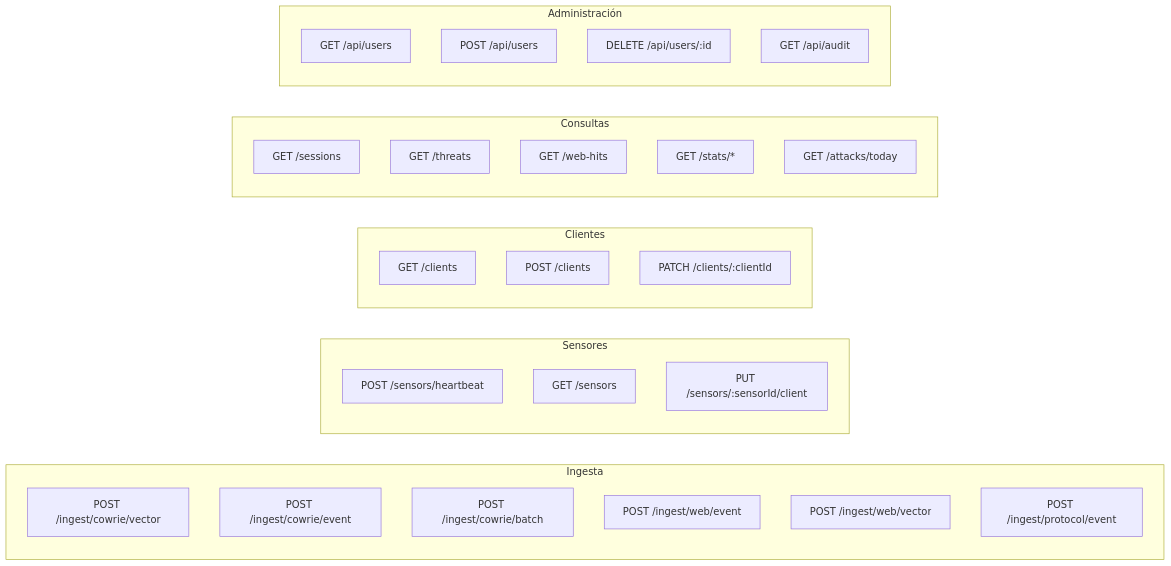
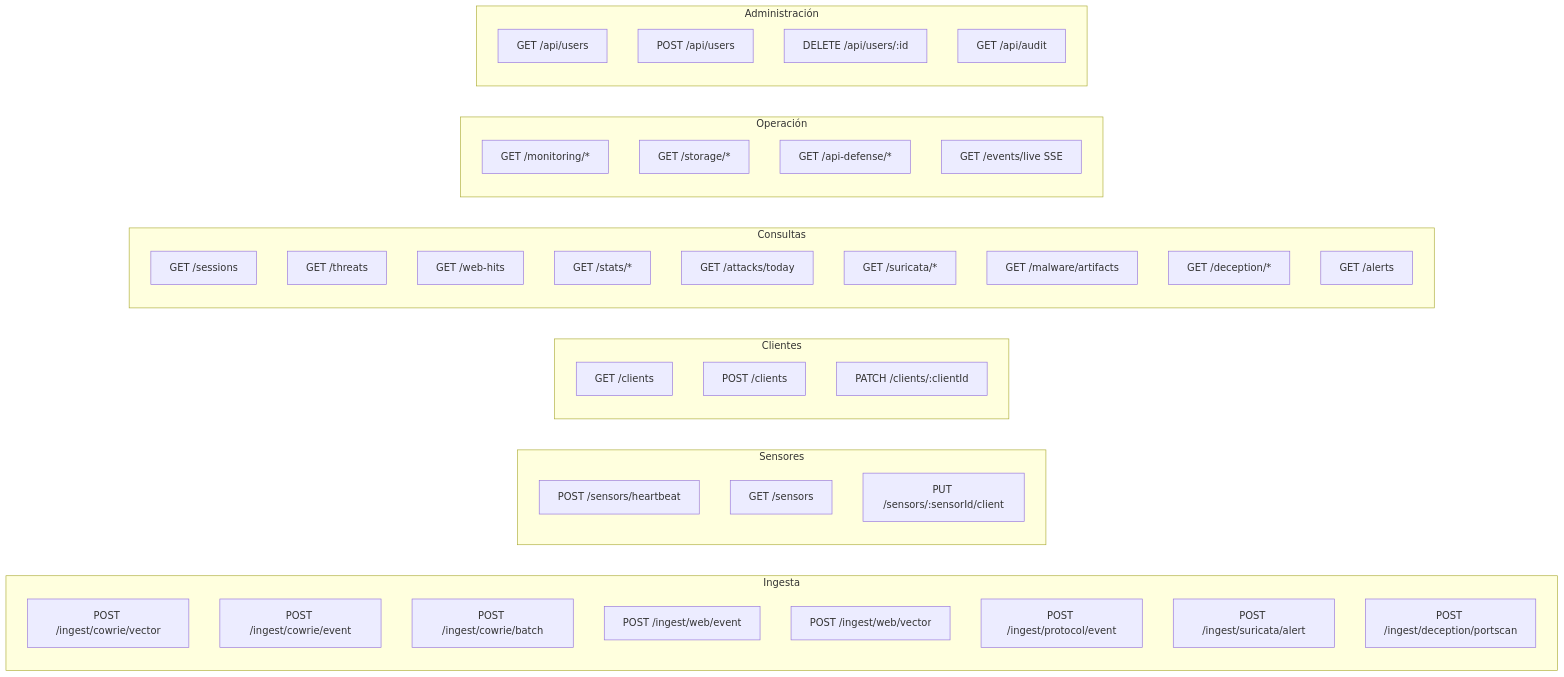
One commit to elrichi31/honeypot-ai changed the diagram in apps/docs/src/content/docs/api-reference.md. Above: the diagram before and after it, drawn with Mermaid. The commit also changed other lines of this file and 15 other files, not shown here.

````diff
--- a/apps/docs/src/content/docs/api-reference.md
+++ b/apps/docs/src/content/docs/api-reference.md
@@ -18,34 +18,46 @@
 ```mermaid
 graph LR
     subgraph Ingesta
         I1[POST /ingest/cowrie/vector]
         I2[POST /ingest/cowrie/event]
         I3[POST /ingest/cowrie/batch]
         I4[POST /ingest/web/event]
         I5[POST /ingest/web/vector]
         I6[POST /ingest/protocol/event]
+        I7[POST /ingest/suricata/alert]
+        I8[POST /ingest/deception/portscan]
     end
     subgraph Sensores
         S1[POST /sensors/heartbeat]
         S2[GET /sensors]
         S3[PUT /sensors/:sensorId/client]
     end
     subgraph Clientes
         C1[GET /clients]
         C2[POST /clients]
         C3[PATCH /clients/:clientId]
     end
     subgraph Consultas
         Q1[GET /sessions]
         Q2[GET /threats]
         Q3[GET /web-hits]
         Q4[GET /stats/*]
         Q5[GET /attacks/today]
+        Q6[GET /suricata/*]
+        Q7[GET /malware/artifacts]
+        Q8[GET /deception/*]
+        Q9[GET /alerts]
+    end
+    subgraph Operación
+        O1[GET /monitoring/*]
+        O2[GET /storage/*]
+        O3[GET /api-defense/*]
+        O4[GET /events/live SSE]
     end
     subgraph Administración
         A1[GET /api/users]
         A2[POST /api/users]
         A3[DELETE /api/users/:id]
         A4[GET /api/audit]
     end
 ```
````
